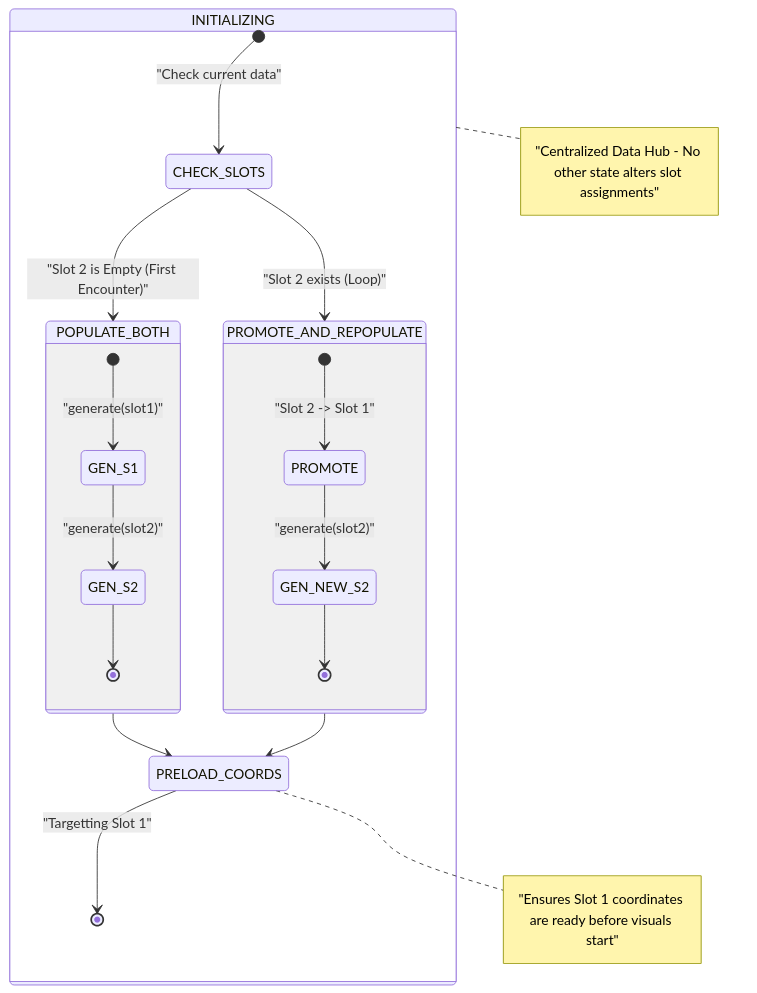
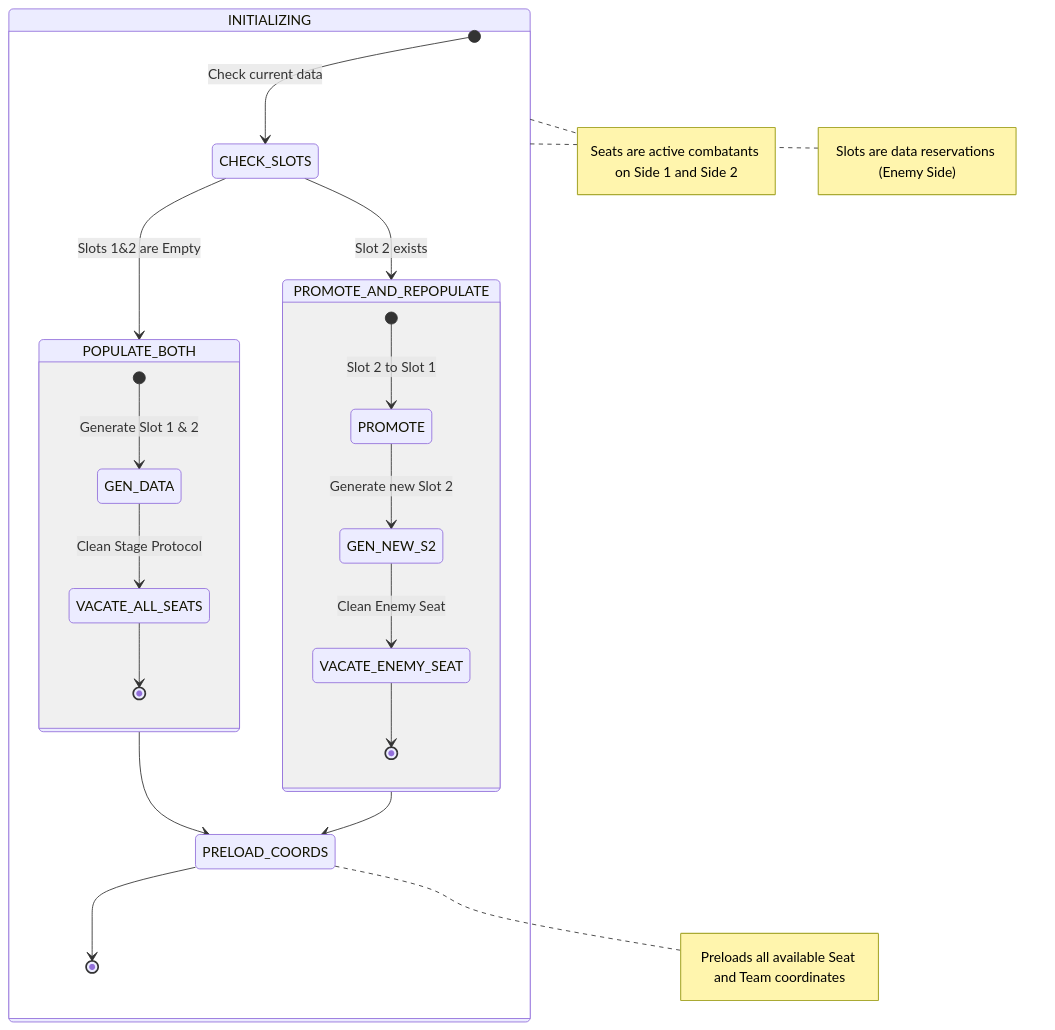
One commit to Darkham77/PokeBorrador changed the third of 18 diagrams in .agents/skills/project-standards/references/battle/battle_mechanics_manual.md. Above: the diagram before and after it, drawn with Mermaid. The commit also changed other lines of this file and 43 other files, not shown here.

````diff
--- a/.agents/skills/project-standards/references/battle/battle_mechanics_manual.md
+++ b/.agents/skills/project-standards/references/battle/battle_mechanics_manual.md
@@ -391,30 +421,32 @@
 ```mermaid
 stateDiagram-v2
     state INITIALIZING {
-        [*] --> CHECK_SLOTS: "Check current data"
+        [*] --> CHECK_SLOTS : Check current data
         
         state CHECK_SLOTS <<choice>>
-        CHECK_SLOTS --> POPULATE_BOTH: "Slot 2 is Empty (First Encounter)"
-        CHECK_SLOTS --> PROMOTE_AND_REPOPULATE: "Slot 2 exists (Loop)"
+        CHECK_SLOTS --> POPULATE_BOTH : Slots 1&2 are Empty
+        CHECK_SLOTS --> PROMOTE_AND_REPOPULATE : Slot 2 exists
         
         state POPULATE_BOTH {
-            [*] --> GEN_S1: "generate(slot1)"
-            GEN_S1 --> GEN_S2: "generate(slot2)"
-            GEN_S2 --> [*]
+            [*] --> GEN_DATA : Generate Slot 1 & 2
+            GEN_DATA --> VACATE_ALL_SEATS : Clean Stage Protocol
+            VACATE_ALL_SEATS --> [*]
         }
         
         state PROMOTE_AND_REPOPULATE {
-            [*] --> PROMOTE: "Slot 2 -> Slot 1"
-            PROMOTE --> GEN_NEW_S2: "generate(slot2)"
-            GEN_NEW_S2 --> [*]
+            [*] --> PROMOTE : Slot 2 to Slot 1
+            PROMOTE --> GEN_NEW_S2 : Generate new Slot 2
+            GEN_NEW_S2 --> VACATE_ENEMY_SEAT : Clean Enemy Seat
+            VACATE_ENEMY_SEAT --> [*]
         }
         
         POPULATE_BOTH --> PRELOAD_COORDS
         PROMOTE_AND_REPOPULATE --> PRELOAD_COORDS
         
-        PRELOAD_COORDS --> [*]: "Targetting Slot 1"
+        PRELOAD_COORDS --> [*]
     }
     
-    note right of INITIALIZING : "Centralized Data Hub - No other state alters slot assignments"
-    note right of PRELOAD_COORDS : "Ensures Slot 1 coordinates are ready before visuals start"
+    note right of INITIALIZING: Seats are active combatants on Side 1 and Side 2
+    note right of INITIALIZING: Slots are data reservations (Enemy Side)
+    note right of PRELOAD_COORDS: Preloads all available Seat and Team coordinates
 ```
````
